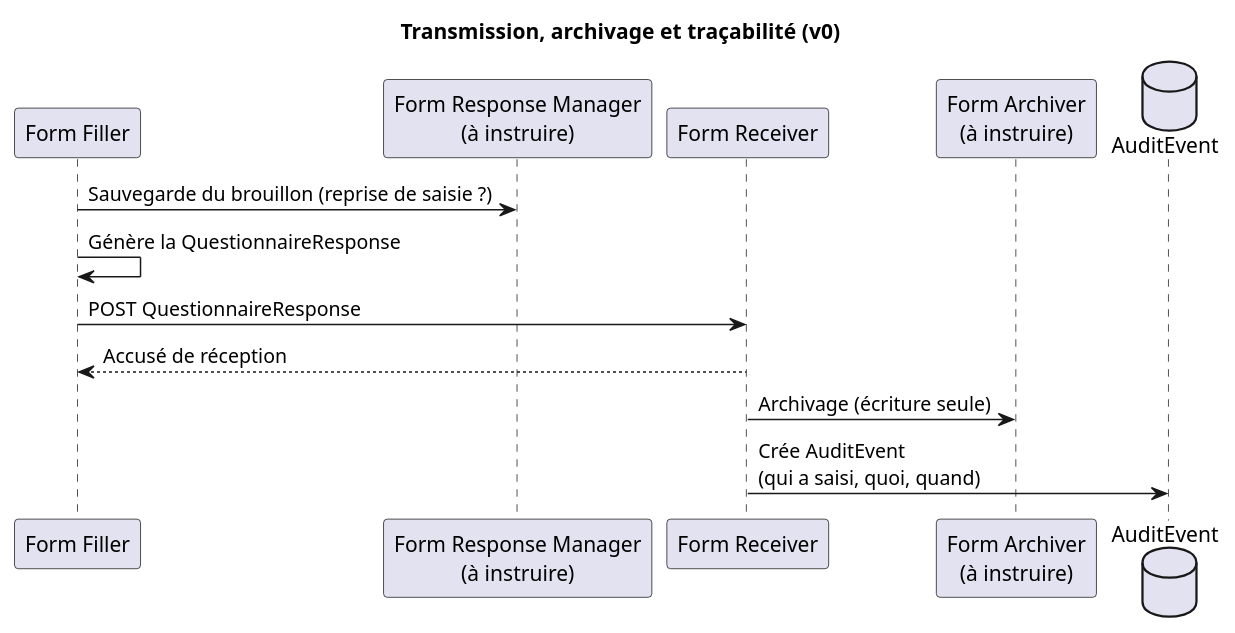
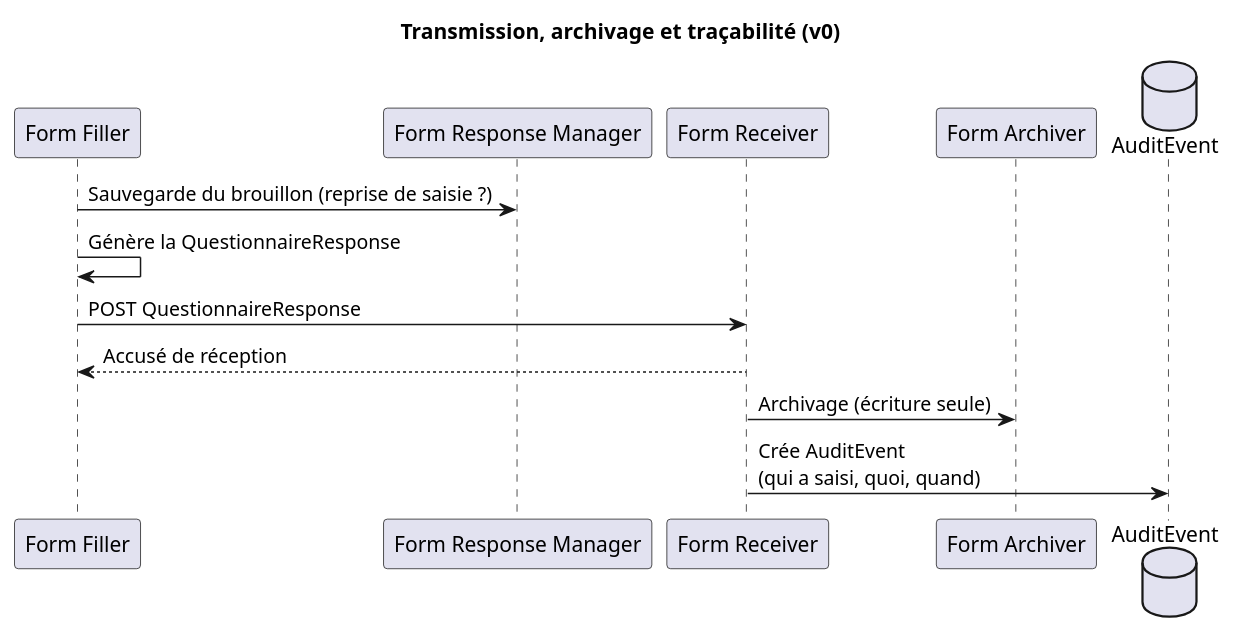
Before and after one commit to nriss/ig-test-dmso: the diagram in input/images-source/architecture-flux-transmission.plantuml, drawn with PlantUML. The commit also changed 1 other file, not shown here.

Commit message:
Architecture : libellés des schémas de remplissage et de transmission

```diff
--- a/input/images-source/architecture-flux-transmission.plantuml
+++ b/input/images-source/architecture-flux-transmission.plantuml
@@ -1,17 +1,17 @@
 @startuml
 ' Version 0 - à améliorer
 title Transmission, archivage et traçabilité (v0)
 
 participant "Form Filler" as FF
-participant "Form Response Manager\n(à instruire)" as FRM
+participant "Form Response Manager" as FRM
 participant "Form Receiver" as FR
-participant "Form Archiver\n(à instruire)" as FA
+participant "Form Archiver" as FA
 database "AuditEvent" as AUD
 
 FF -> FRM : Sauvegarde du brouillon (reprise de saisie ?)
 FF -> FF : Génère la QuestionnaireResponse
 FF -> FR : POST QuestionnaireResponse
 FR --> FF : Accusé de réception
 FR -> FA : Archivage (écriture seule)
 FR -> AUD : Crée AuditEvent\n(qui a saisi, quoi, quand)
 @enduml
```
